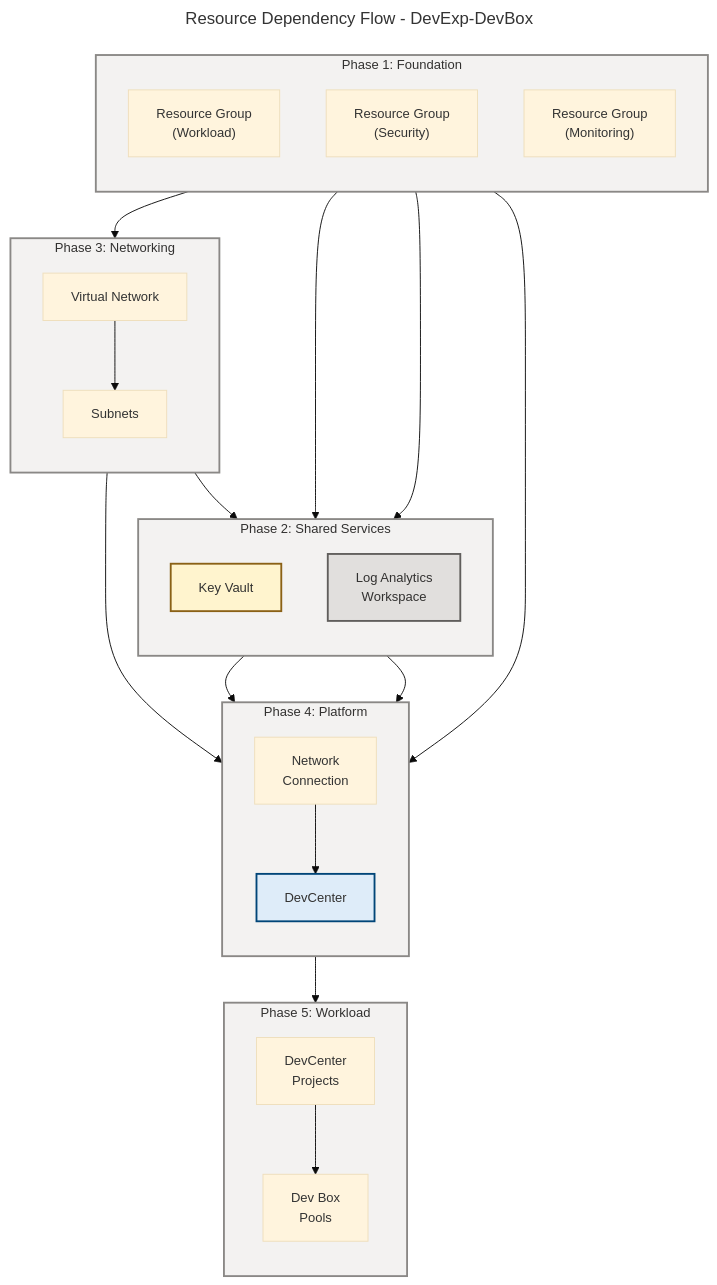
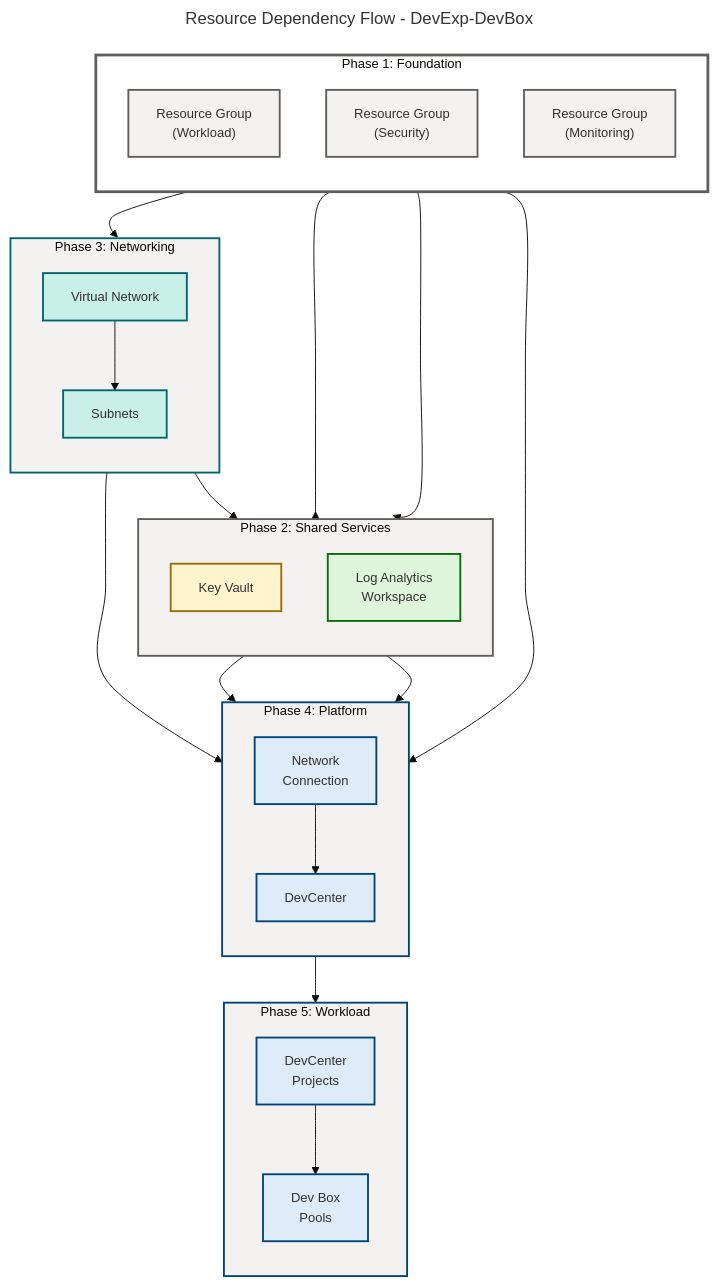
The fourth of 4 diagrams in docs/architecture/Technology-Architecture.md (Evilazaro/DevExp-DevBox), drawn with Mermaid before and after one commit. The commit also changed other lines of this file, not shown here.

Commit message:
feat: enhance accessibility and styling of Technology Architecture decision tree for compliance

````diff
--- a/docs/architecture/Technology-Architecture.md
+++ b/docs/architecture/Technology-Architecture.md
@@ -1059,44 +1079,61 @@
   theme: base
   themeVariables:
     fontSize: '14px'
+  flowchart:
+    htmlLabels: false
+    curve: cardinal
+    nodeSpacing: 50
+    rankSpacing: 50
 ---
 graph TD
     accTitle: Resource Dependency Graph
-    accDescr: Shows deployment order and dependencies between infrastructure components
+    accDescr: Shows deployment order and dependencies between infrastructure components across 5 phases - Foundation, Shared Services, Networking, Platform, and Workload. WCAG AA compliant.
 
     %% ═══════════════════════════════════════════════════════════════════════════
     %% AZURE / FLUENT ARCHITECTURE PATTERN v1.1
+    %% (Semantic + Structural + Font + Accessibility Governance)
+    %% ═══════════════════════════════════════════════════════════════════════════
+    %% PHASE 1 - STRUCTURAL: TD direction explicit, 5 deployment phase subgraphs
+    %% PHASE 2 - SEMANTIC: 4 semantic colors with deployment phase justification:
+    %%   level2Group (#F3F2F1) = foundation resource groups
+    %%   sharedYellow (#FFF4CE) = security resources
+    %%   successGreen (#DFF6DD) = monitoring resources
+    %%   presenceTeal (#C8F0E7) = networking resources
+    %%   azureBlue (#DEECF9) = workload resources
+    %% PHASE 3 - FONT: Dark text #323130 on light backgrounds (WCAG AA 4.5:1 contrast)
+    %% PHASE 4 - ACCESSIBILITY: accTitle/accDescr present
+    %% PHASE 5 - STANDARD: 5 deployment phase subgraphs with semantic colors
     %% ═══════════════════════════════════════════════════════════════════════════
 
     subgraph Phase1["Phase 1: Foundation"]
         direction TB
-        RG_Workload["Resource Group<br/>(Workload)"]
-        RG_Security["Resource Group<br/>(Security)"]
-        RG_Monitoring["Resource Group<br/>(Monitoring)"]
+        RG_Workload["Resource Group<br/>(Workload)"]:::level2Group
+        RG_Security["Resource Group<br/>(Security)"]:::level2Group
+        RG_Monitoring["Resource Group<br/>(Monitoring)"]:::level2Group
     end
 
     subgraph Phase2["Phase 2: Shared Services"]
         direction TB
-        KeyVault["Key Vault"]
-        LogAnalytics["Log Analytics<br/>Workspace"]
+        KeyVault["Key Vault"]:::sharedYellow
+        LogAnalytics["Log Analytics<br/>Workspace"]:::successGreen
     end
 
     subgraph Phase3["Phase 3: Networking"]
         direction TB
-        VNet["Virtual Network"]
-        Subnets["Subnets"]
+        VNet["Virtual Network"]:::presenceTeal
+        Subnets["Subnets"]:::presenceTeal
     end
 
     subgraph Phase4["Phase 4: Platform"]
         direction TB
-        DevCenter["DevCenter"]
-        NetConnection["Network<br/>Connection"]
+        DevCenter["DevCenter"]:::azureBlue
+        NetConnection["Network<br/>Connection"]:::azureBlue
     end
 
     subgraph Phase5["Phase 5: Workload"]
         direction TB
-        Projects["DevCenter<br/>Projects"]
-        Pools["Dev Box<br/>Pools"]
+        Projects["DevCenter<br/>Projects"]:::azureBlue
+        Pools["Dev Box<br/>Pools"]:::azureBlue
     end
 
     RG_Security --> KeyVault
@@ -1112,12 +1149,26 @@
     Projects --> Pools
     VNet --> LogAnalytics
 
-    style Phase1 fill:#F3F2F1,stroke:#8A8886,stroke-width:2px,color:#323130
-    style Phase2 fill:#F3F2F1,stroke:#8A8886,stroke-width:2px,color:#323130
-    style Phase3 fill:#F3F2F1,stroke:#8A8886,stroke-width:2px,color:#323130
-    style Phase4 fill:#F3F2F1,stroke:#8A8886,stroke-width:2px,color:#323130
-    style Phase5 fill:#F3F2F1,stroke:#8A8886,stroke-width:2px,color:#323130
-    style DevCenter fill:#DEECF9,stroke:#004578,stroke-width:2px,color:#323130
-    style KeyVault fill:#FFF4CE,stroke:#8A6116,stroke-width:2px,color:#323130
-    style LogAnalytics fill:#E1DFDD,stroke:#605E5C,stroke-width:2px,color:#323130
+    %% Required classDef palette (ALL 14 - MANDATORY per MRM-D002)
+    classDef level1Group fill:#FFFFFF,stroke:#605E5C,stroke-width:3px,color:#323130
+    classDef level2Group fill:#F3F2F1,stroke:#605E5C,stroke-width:2px,color:#323130
+    classDef level3Group fill:#E1DFDD,stroke:#605E5C,stroke-width:2px,color:#323130
+    classDef level4Group fill:#D2D0CE,stroke:#605E5C,stroke-width:1px,color:#323130
+    classDef mainGroup fill:#FFFFFF,stroke:#605E5C,stroke-width:3px,color:#323130
+    classDef subGroup fill:#F3F2F1,stroke:#605E5C,stroke-width:2px,color:#323130
+    classDef azureBlue fill:#DEECF9,stroke:#004578,stroke-width:2px,color:#323130
+    classDef successGreen fill:#DFF6DD,stroke:#0B6A0B,stroke-width:2px,color:#323130
+    classDef errorRed fill:#FDE7E9,stroke:#A4262C,stroke-width:2px,color:#323130
+    classDef sharedYellow fill:#FFF4CE,stroke:#986F0B,stroke-width:2px,color:#323130
+    classDef warningOrange fill:#FDE7E9,stroke:#8A3707,stroke-width:2px,color:#323130
+    classDef neutralPurple fill:#E1DFDD,stroke:#5B5FC7,stroke-width:2px,color:#323130
+    classDef presenceTeal fill:#C8F0E7,stroke:#00666B,stroke-width:2px,color:#323130
+    classDef neutralGrey fill:#F3F2F1,stroke:#605E5C,stroke-width:2px,color:#323130
+
+    %% Subgraph styling (5 subgraphs = 5 style directives) - MANDATORY per GATE-2
+    style Phase1 fill:#FFFFFF,stroke:#605E5C,stroke-width:3px
+    style Phase2 fill:#F3F2F1,stroke:#605E5C,stroke-width:2px
+    style Phase3 fill:#F3F2F1,stroke:#00666B,stroke-width:2px
+    style Phase4 fill:#F3F2F1,stroke:#004578,stroke-width:2px
+    style Phase5 fill:#F3F2F1,stroke:#004578,stroke-width:2px
 ```
````
